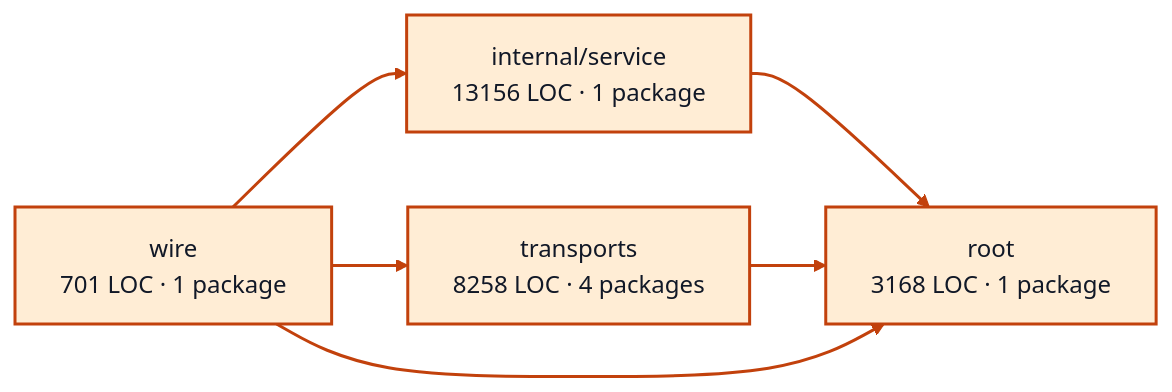
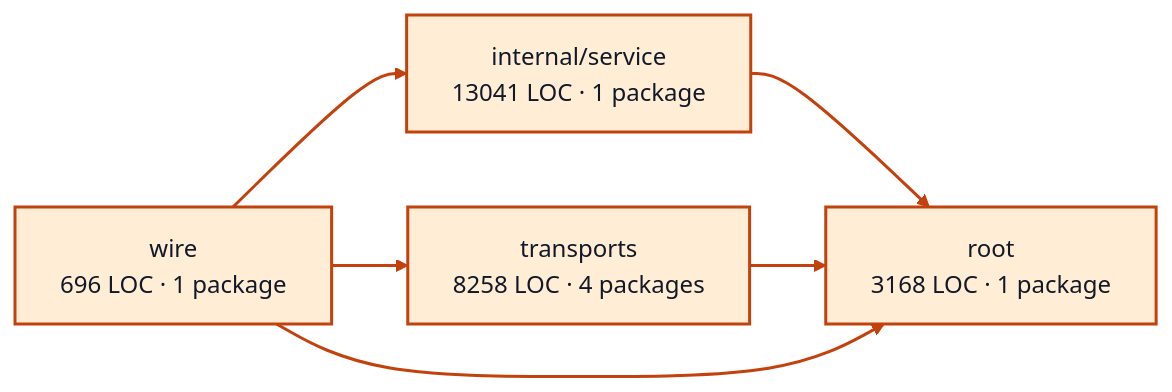
One commit to portpowered/you-agent-factory changed the diagram in docs/architecture/visualizations/services/worker_sessions.md. Above: the diagram before and after it, drawn with Mermaid. The commit also changed other lines of this file and 20 other files, not shown here.

Commit message:
docs: refresh backend architecture visualizations

````diff
--- a/docs/architecture/visualizations/services/worker_sessions.md
+++ b/docs/architecture/visualizations/services/worker_sessions.md
@@ -11,17 +11,17 @@
 ```mermaid
 flowchart LR
-  p0["internal/service<br/>13156 LOC · 1 package"]
+  p0["internal/service<br/>13041 LOC · 1 package"]
   p1["root<br/>3168 LOC · 1 package"]
   p2["transports<br/>8258 LOC · 4 packages"]
-  p3["wire<br/>701 LOC · 1 package"]
+  p3["wire<br/>696 LOC · 1 package"]
   p0 --> p1
   p2 --> p1
   p3 --> p0
   p3 --> p1
   p3 --> p2
   style p0 fill:#ffedd5,stroke:#c2410c,stroke-width:2px,color:#111827
   style p1 fill:#ffedd5,stroke:#c2410c,stroke-width:2px,color:#111827
   style p2 fill:#ffedd5,stroke:#c2410c,stroke-width:2px,color:#111827
   style p3 fill:#ffedd5,stroke:#c2410c,stroke-width:2px,color:#111827
   linkStyle default stroke:#c2410c,stroke-width:2px
 ```
````
